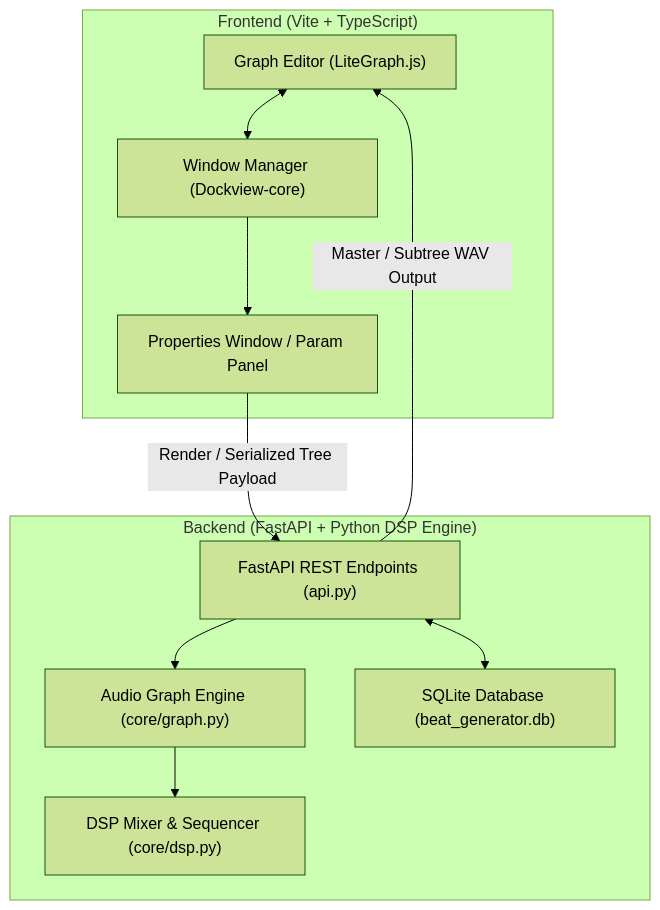
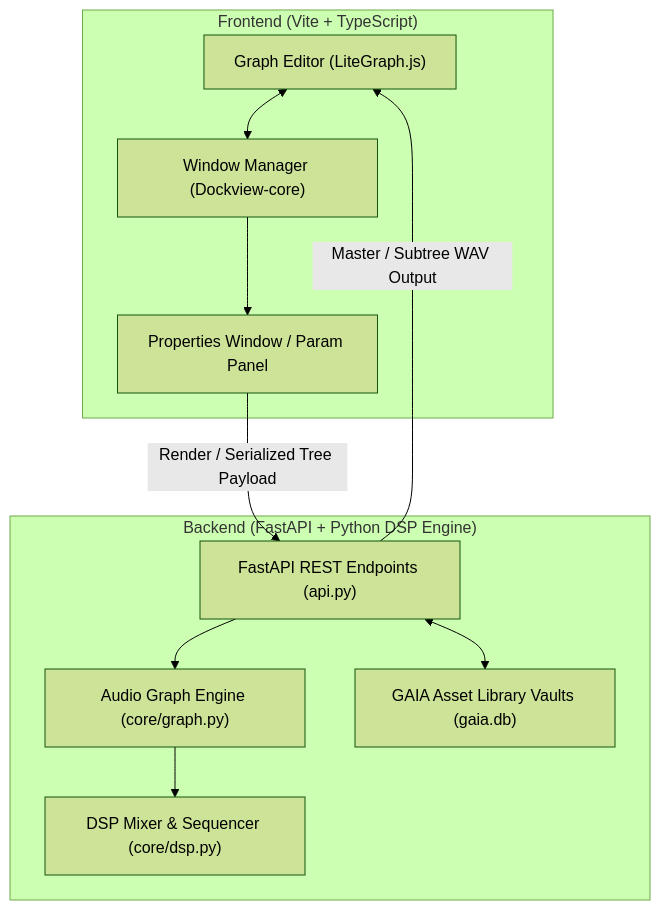
One commit to davesuonabene/sin changed the diagram in README.md. Above: the diagram before and after it, drawn with Mermaid (forest theme). The commit also changed other lines of this file and 144 other files, not shown here.

````diff
--- a/README.md
+++ b/README.md
@@ -9,25 +9,25 @@
 ```mermaid
 graph TD
     subgraph Frontend ["Frontend (Vite + TypeScript)"]
         GE["Graph Editor (LiteGraph.js)"]
         DV["Window Manager (Dockview-core)"]
         PW["Properties Window / Param Panel"]
         
         GE <--> DV
         DV --> PW
     end
 
     subgraph Backend ["Backend (FastAPI + Python DSP Engine)"]
         API["FastAPI REST Endpoints (api.py)"]
         GE_Engine["Audio Graph Engine (core/graph.py)"]
         DSP["DSP Mixer & Sequencer (core/dsp.py)"]
-        DB["SQLite Database (beat_generator.db)"]
+        GAIA["GAIA Asset Library Vaults (gaia.db)"]
         
         API --> GE_Engine
         GE_Engine --> DSP
-        API <--> DB
+        API <--> GAIA
     end
 
     PW -- "Render / Serialized Tree Payload" --> API
     API -- "Master / Subtree WAV Output" --> GE
 ```
````
